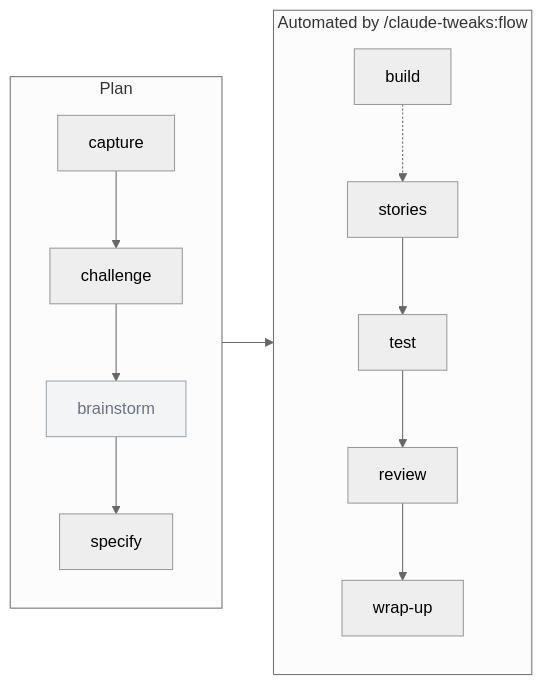
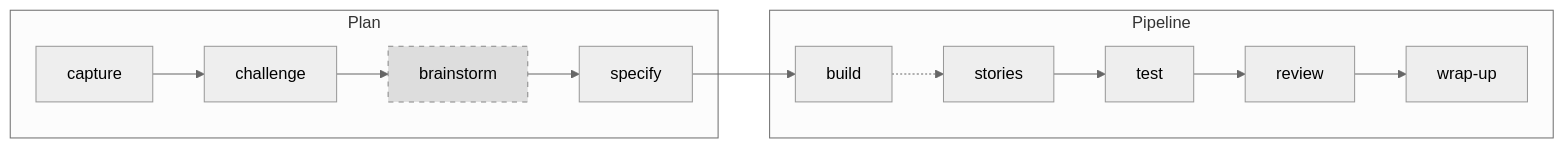
One commit to thomasholknielsen/claude-tweaks changed the first of 2 diagrams in README.md. Above: the diagram before and after it, drawn with Mermaid (neutral theme). The commit also changed other lines of this file, not shown here.

First line of the commit message:
Fix Mermaid rendering — drop direction TB (ignored by GitHub), shorten labels

````diff
--- a/README.md
+++ b/README.md
@@ -57,21 +57,14 @@
 ```mermaid
 graph LR
   subgraph Plan
-    direction TB
-    capture["capture"] --> challenge["challenge"]
-    challenge --> brainstorm["brainstorm"]:::sp
-    brainstorm --> specify["specify"]
+    capture --> challenge --> brainstorm:::sp --> specify
   end
 
-  subgraph Pipeline ["Automated by /claude-tweaks:flow"]
-    direction TB
-    build["build"] -.-> stories["stories"]
-    stories --> test["test"]
-    test --> review["review"]
-    review --> wrapup["wrap-up"]
+  subgraph Pipeline
+    build -.-> stories --> test --> review --> wrapup["wrap-up"]
   end
 
   specify --> build
 
-  classDef sp fill:#f3f4f6,stroke:#9ca3af,color:#6b7280
+  classDef sp fill:#ddd,stroke:#888,stroke-dasharray:5 5
 ```
````
